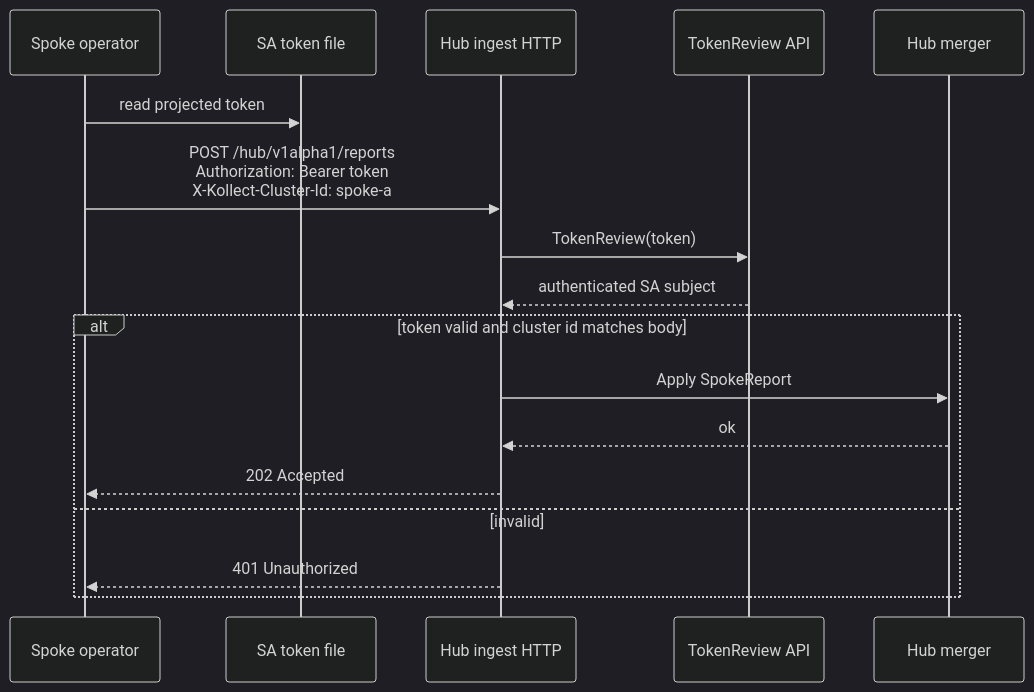
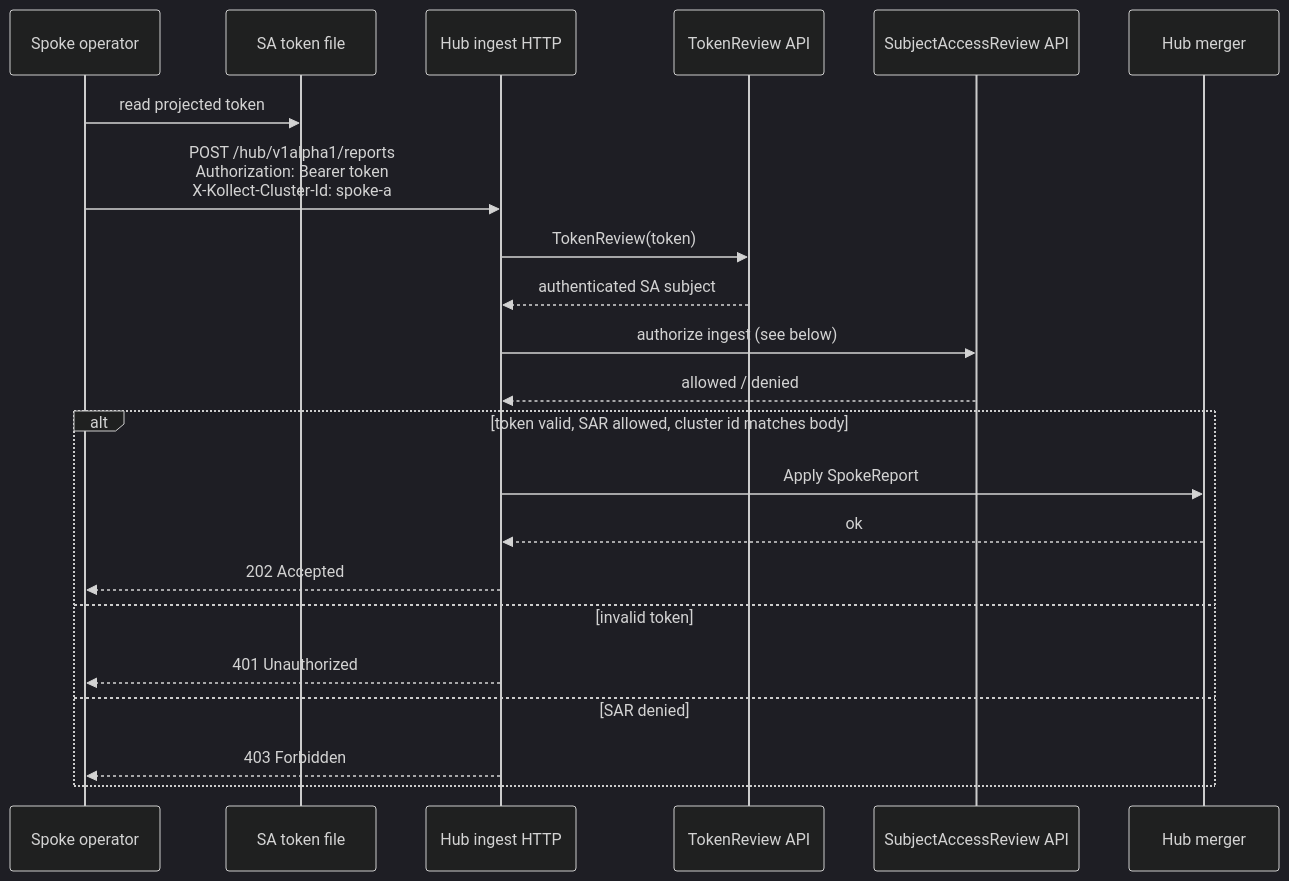
The first of 2 diagrams in docs/adr/0028-hub-cluster-auth-istio-pattern.md (PlatformRelay/Kollect), drawn with Mermaid (dark theme) before and after one commit. The commit also changed other lines of this file and 7 other files, not shown here.

````diff
--- a/docs/adr/0028-hub-cluster-auth-istio-pattern.md
+++ b/docs/adr/0028-hub-cluster-auth-istio-pattern.md
@@ -101,20 +102,25 @@
 ```mermaid
 sequenceDiagram
   participant Spoke as Spoke operator
   participant SA as SA token file
   participant Hub as Hub ingest HTTP
   participant TR as TokenReview API
+  participant SAR as SubjectAccessReview API
   participant Merge as Hub merger
 
   Spoke->>SA: read projected token
   Spoke->>Hub: POST /hub/v1alpha1/reports<br/>Authorization: Bearer token<br/>X-Kollect-Cluster-Id: spoke-a
   Hub->>TR: TokenReview(token)
   TR-->>Hub: authenticated SA subject
-  alt token valid and cluster id matches body
+  Hub->>SAR: authorize ingest (see below)
+  SAR-->>Hub: allowed / denied
+  alt token valid, SAR allowed, cluster id matches body
     Hub->>Merge: Apply SpokeReport
     Merge-->>Hub: ok
     Hub-->>Spoke: 202 Accepted
-  else invalid
+  else invalid token
     Hub-->>Spoke: 401 Unauthorized
+  else SAR denied
+    Hub-->>Spoke: 403 Forbidden
   end
 ```
````
